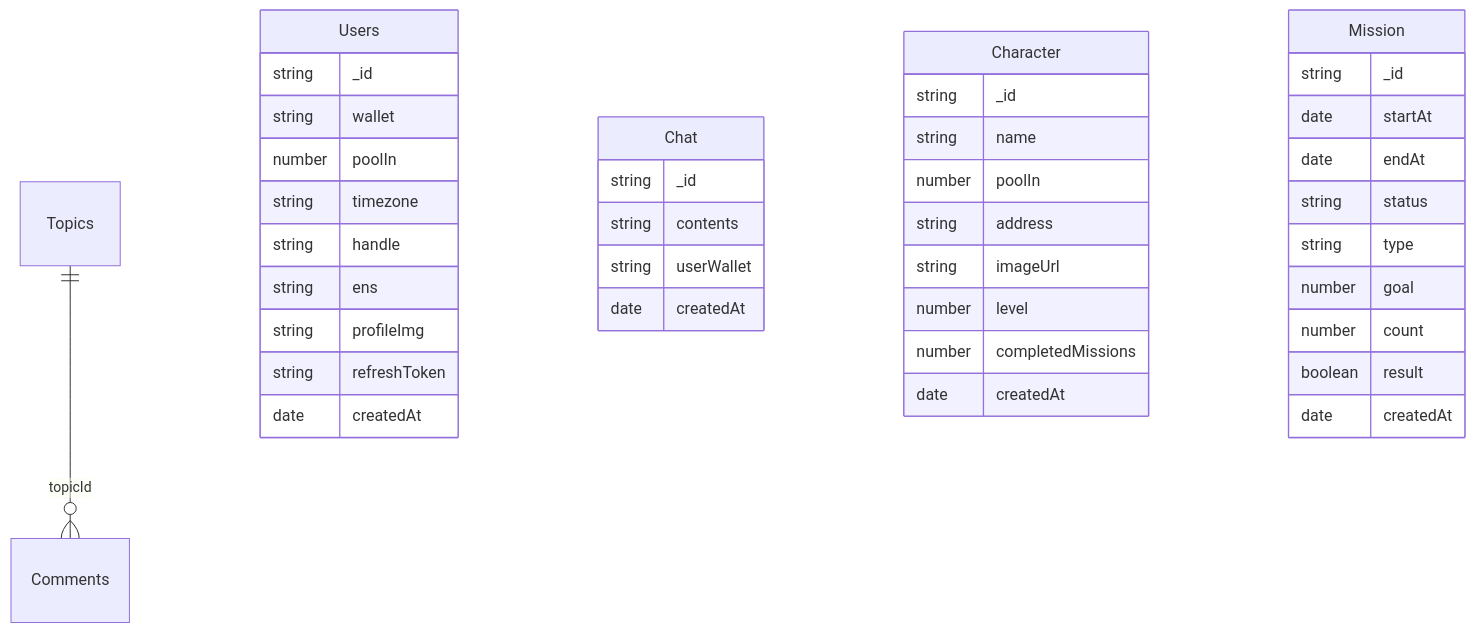
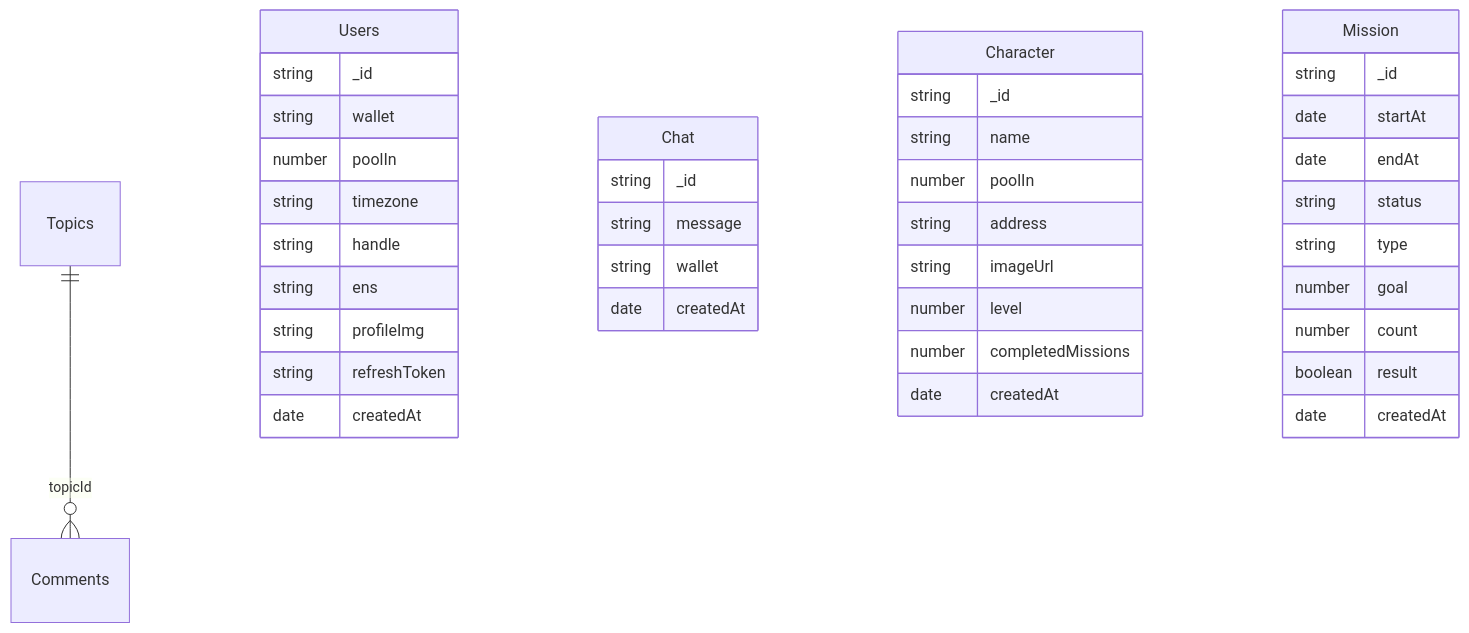
Before and after one commit to squad-labs/kumagotchi-server: the diagram in README.md, drawn with Mermaid. The commit also changed 7 other files, not shown here.

````diff
--- a/README.md
+++ b/README.md
@@ -5,46 +5,46 @@
 ```mermaid
 erDiagram
   Topics ||--o{ Comments : topicId
 
   Users {
     string _id
     string wallet
     number poolIn
     string timezone
     string handle
     string ens
     string profileImg
     string refreshToken
     date createdAt
   }
 
   Chat {
     string _id
-    string contents
-    string userWallet
+    string message
+    string wallet
     date createdAt
   }
 
   Character {
     string _id
     string name
     number poolIn
     string address
     string imageUrl
     number level
     number completedMissions
     date createdAt
   }
 
   Mission {
     string _id
     date startAt
     date endAt
     string status
     string type
     number goal
     number count
     boolean result
     date createdAt
   }
 ```
````
